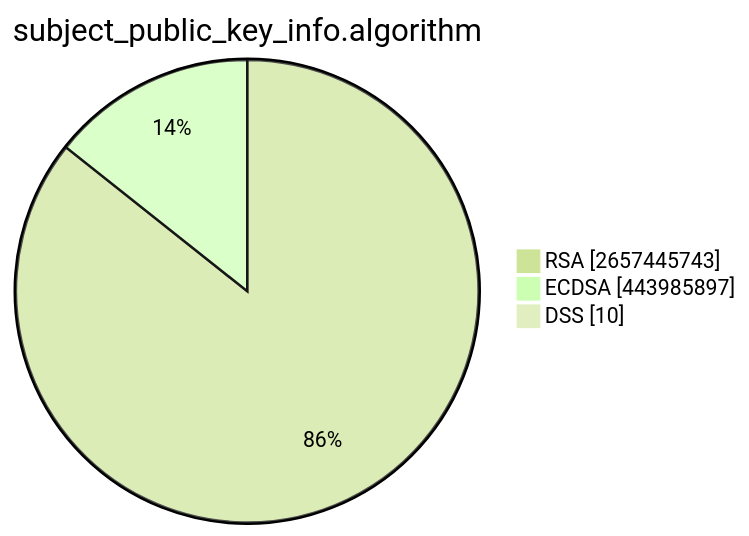
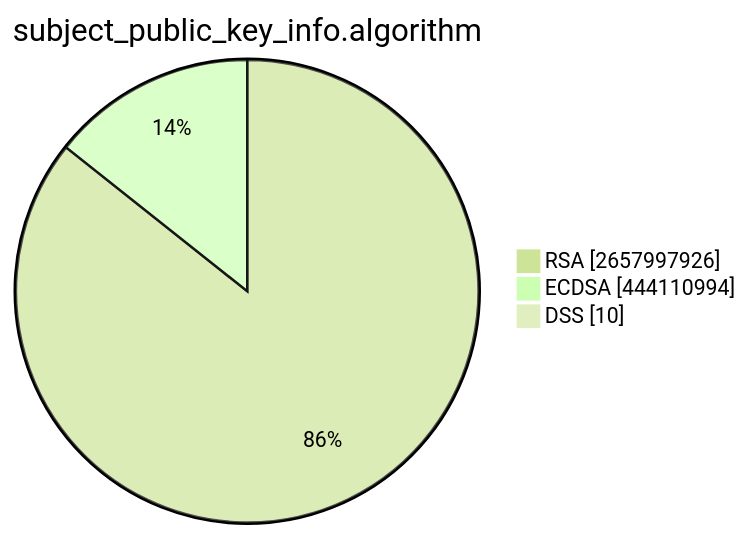
One commit to christiankrug/ctmonitor_visualization changed the second of 15 diagrams in TOTAL/README.md. Above: the diagram before and after it, drawn with Mermaid (forest theme). The commit also changed other lines of this file, not shown here.

````diff
--- a/TOTAL/README.md
+++ b/TOTAL/README.md
@@ -6,7 +6,7 @@
 ```mermaid
 pie showData
 title subject_public_key_info.algorithm
-"RSA" :2657445743
-"ECDSA" :443985897
+"RSA" :2657997926
+"ECDSA" :444110994
 "DSS" :10
 ```
````
